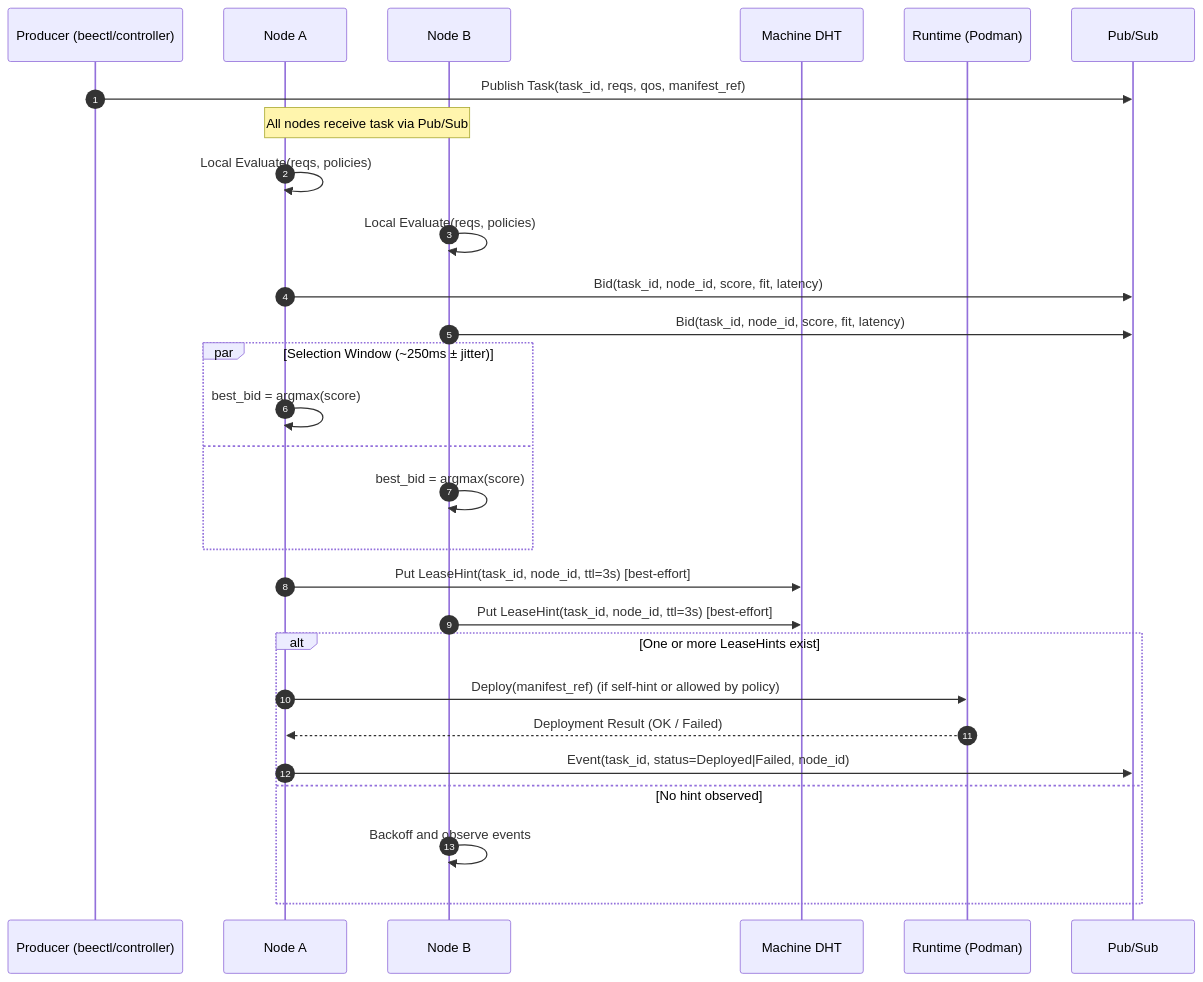
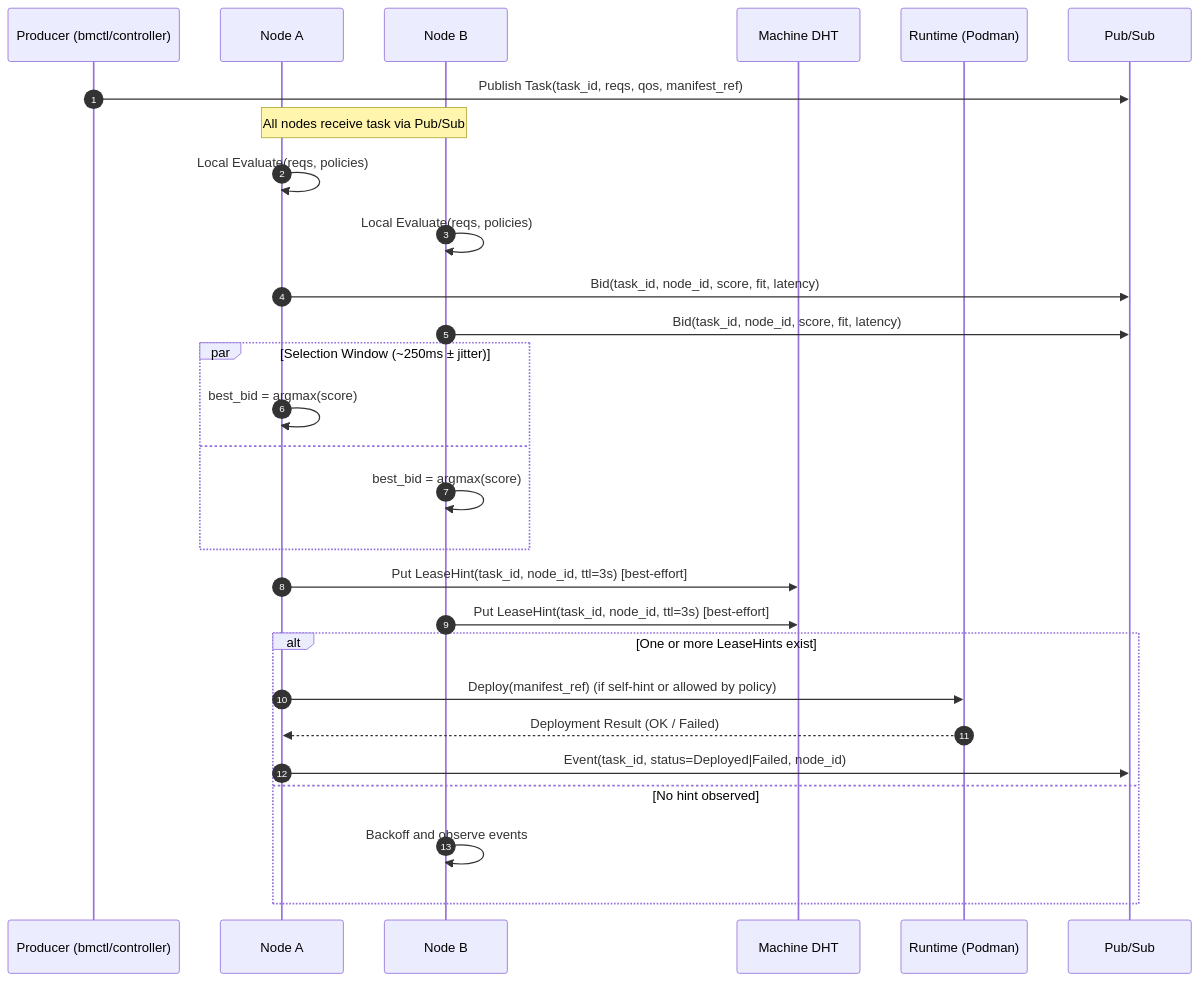
Before and after one commit to beemesh/beemesh: the first of 3 diagrams in machineplane/README.md, drawn with Mermaid. The commit also changed other lines of this file and 19 other files, not shown here.

````diff
--- a/machineplane/README.md
+++ b/machineplane/README.md
@@ -55,36 +55,36 @@
 ```mermaid
 sequenceDiagram
   autonumber
-  participant P as Producer (beectl/controller)
+  participant P as Producer (bmctl/controller)
   participant N1 as Node A
   participant N2 as Node B
   participant MDHT as Machine DHT
   participant R as Runtime (Podman)
   participant PubSub as Pub/Sub
 
   P->>PubSub: Publish Task(task_id, reqs, qos, manifest_ref)
   Note over N1,N2: All nodes receive task via Pub/Sub
 
   N1->>N1: Local Evaluate(reqs, policies)
   N2->>N2: Local Evaluate(reqs, policies)
 
   N1->>PubSub: Bid(task_id, node_id, score, fit, latency)
   N2->>PubSub: Bid(task_id, node_id, score, fit, latency)
 
   par Selection Window (~250ms ± jitter)
     N1->>N1: best_bid = argmax(score)
   and
     N2->>N2: best_bid = argmax(score)
   end
 
   N1->>MDHT: Put LeaseHint(task_id, node_id, ttl=3s) [best-effort]
   N2->>MDHT: Put LeaseHint(task_id, node_id, ttl=3s) [best-effort]
 
   alt One or more LeaseHints exist
     N1->>R: Deploy(manifest_ref) (if self-hint or allowed by policy)
     R-->>N1: Deployment Result (OK / Failed)
     N1->>PubSub: Event(task_id, status=Deployed|Failed, node_id)
   else No hint observed
     N2->>N2: Backoff and observe events
   end
 ```
````
